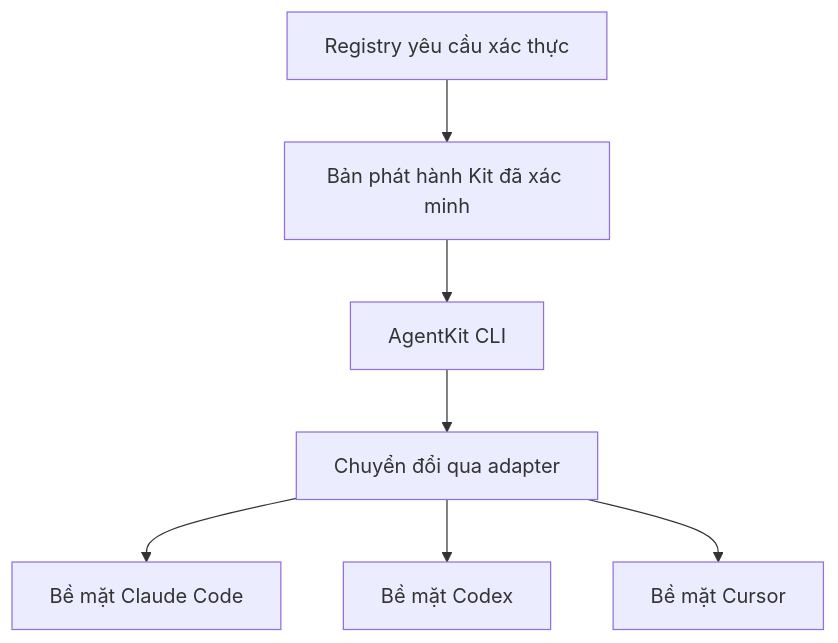
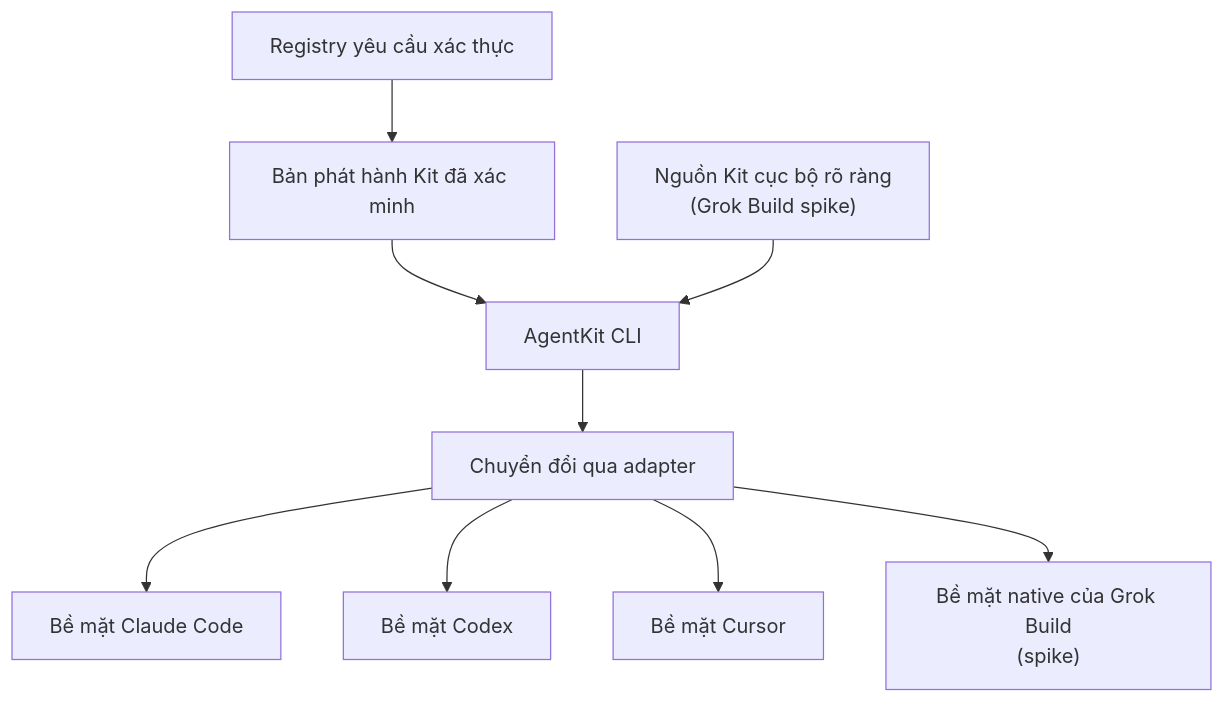
One commit to bestagentkits/agentkit-docs changed the diagram in content/docs/beta/concepts/architecture.vi.mdx. Above: the diagram before and after it, drawn with Mermaid. The commit also changed other lines of this file and 49 other files, not shown here.

````diff
--- a/content/docs/beta/concepts/architecture.vi.mdx
+++ b/content/docs/beta/concepts/architecture.vi.mdx
@@ -10,11 +10,13 @@
 ```mermaid
 flowchart TB
-  accTitle: Từ Kit đã xác minh đến các bề mặt runtime
-  accDescr: Registry yêu cầu xác thực cung cấp bản phát hành Kit đã xác minh cho AgentKit CLI. CLI chuyển Kit qua adapter thành các bề mặt của Claude Code, Codex hoặc Cursor.
+  accTitle: Từ nguồn Kit đến các bề mặt runtime
+  accDescr: Registry yêu cầu xác thực cung cấp các bản phát hành Kit đã xác minh cho target đã phát hành, còn nguồn cục bộ rõ ràng cung cấp Kit cho target development-only. AgentKit CLI chuyển từng Kit qua runtime adapter.
   registry["Registry yêu cầu xác thực"] --> release["Bản phát hành Kit đã xác minh"]
   release --> cli["AgentKit CLI"]
+  local["Nguồn Kit cục bộ rõ ràng<br/>(Grok Build spike)"] --> cli
   cli --> adapter["Chuyển đổi qua adapter"]
   adapter --> claude["Bề mặt Claude Code"]
   adapter --> codex["Bề mặt Codex"]
   adapter --> cursor["Bề mặt Cursor"]
+  adapter --> grok["Bề mặt native của Grok Build<br/>(spike)"]
 ```
````
